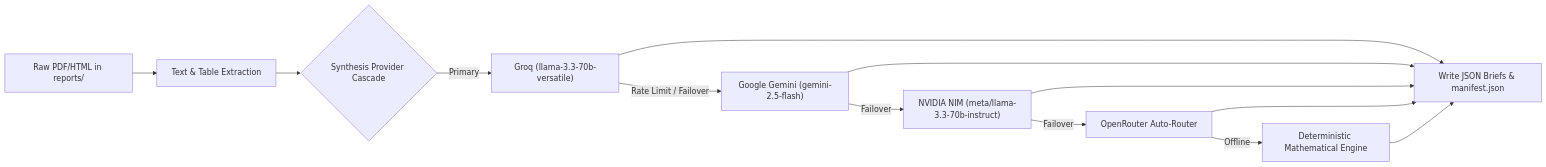
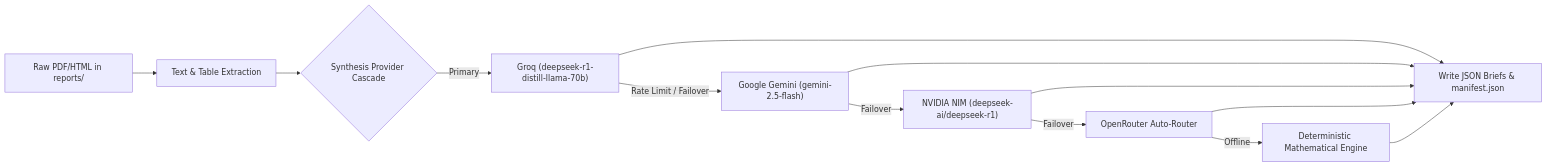
The second of 3 diagrams in README.md (yieldchaser/Shipping), drawn with Mermaid before and after one commit. The commit also changed other lines of this file, not shown here.

Commit message:
docs(readme): bring README up to 100% currency with 50-script Python catalog, NVIDIA NIM integration, and testing suites

````diff
--- a/README.md
+++ b/README.md
@@ -373,15 +372,15 @@
 ```mermaid
 flowchart LR
     PDF["Raw PDF/HTML in reports/"] --> Extract["Text & Table Extraction"]
     Extract --> Chain{"Synthesis Provider Cascade"}
-    Chain -->|Primary| P1["Groq (llama-3.3-70b-versatile)"]
+    Chain -->|Primary| P1["Groq (deepseek-r1-distill-llama-70b)"]
     P1 -->|Rate Limit / Failover| P2["Google Gemini (gemini-2.5-flash)"]
-    P2 -->|Failover| P3["NVIDIA NIM (meta/llama-3.3-70b-instruct)"]
+    P2 -->|Failover| P3["NVIDIA NIM (deepseek-ai/deepseek-r1)"]
     P3 -->|Failover| P4["OpenRouter Auto-Router"]
     P4 -->|Offline| P5["Deterministic Mathematical Engine"]
     P1 --> Write["Write JSON Briefs & manifest.json"]
     P2 --> Write
     P3 --> Write
     P4 --> Write
     P5 --> Write
 ```
````
